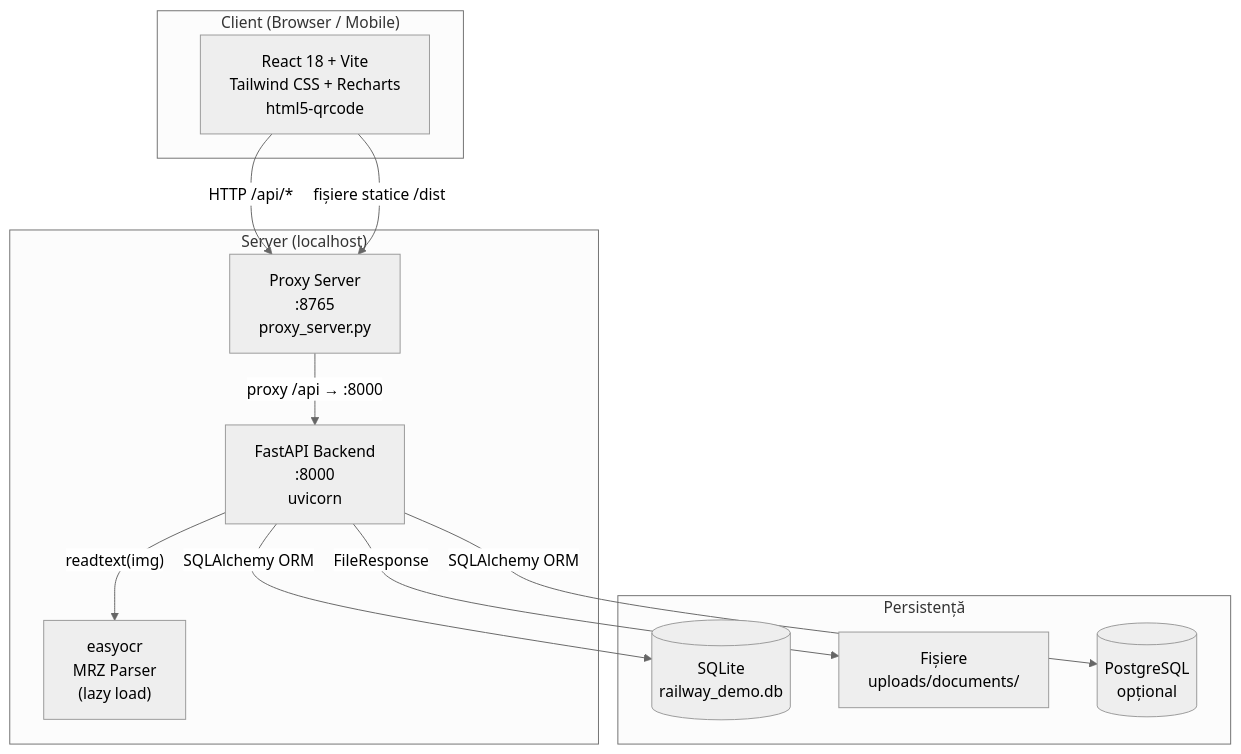
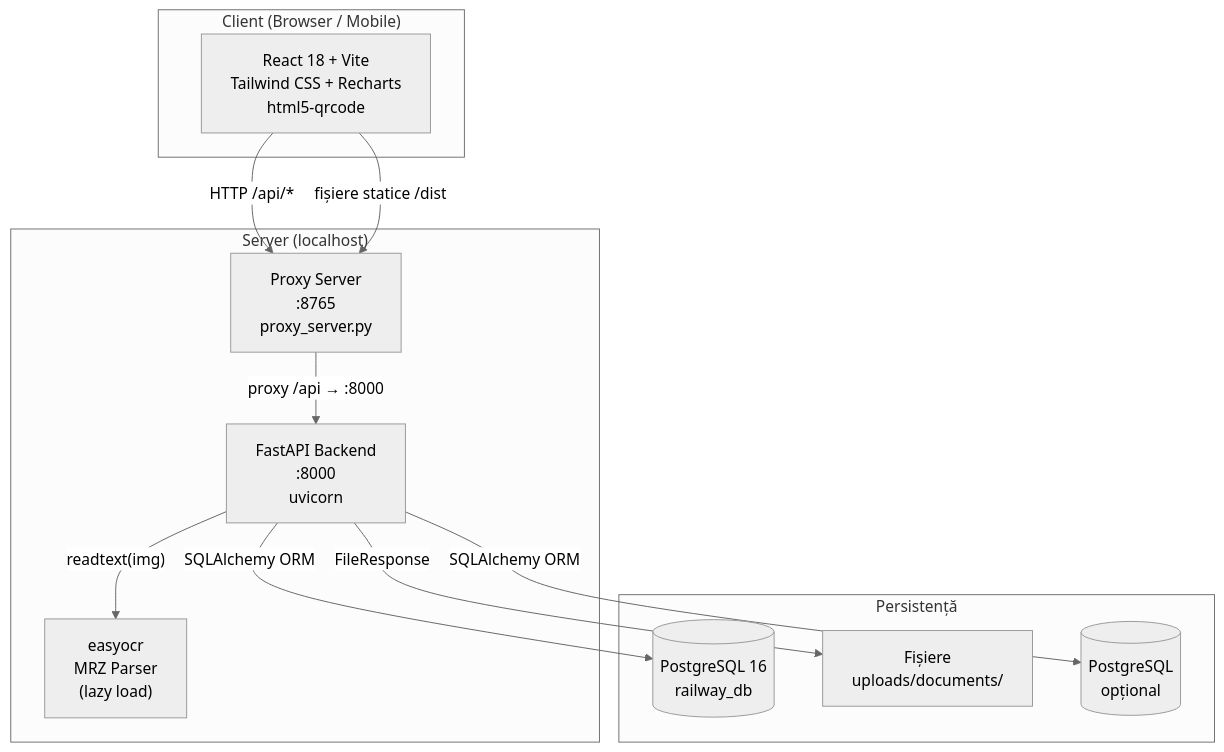
The first of 3 diagrams in docs/architecture.md (anaobreja/LICENTA), drawn with Mermaid (neutral theme) before and after one commit. The commit also changed other lines of this file and 4 other files, not shown here.

First line of the commit message:
refactor: migrate to PostgreSQL-only, remove all SQLite references

````diff
--- a/docs/architecture.md
+++ b/docs/architecture.md
@@ -5,26 +5,26 @@
 ```mermaid
 graph TB
     subgraph Client["Client (Browser / Mobile)"]
         FE["React 18 + Vite\nTailwind CSS + Recharts\nhtml5-qrcode"]
     end
 
     subgraph Server["Server (localhost)"]
         PS["Proxy Server\n:8765\nproxy_server.py"]
         API["FastAPI Backend\n:8000\nuvicorn"]
         OCR["easyocr\nMRZ Parser\n(lazy load)"]
     end
 
     subgraph Persistence["Persistență"]
-        DB[(SQLite\nrailway_demo.db)]
+        DB[(PostgreSQL 16\nrailway_db)]
         FS["Fișiere\nuploads/documents/"]
         PG[(PostgreSQL\nopțional)]
     end
 
     FE -->|"HTTP /api/*"| PS
     FE -->|"fișiere statice /dist"| PS
     PS -->|"proxy /api → :8000"| API
     API -->|"SQLAlchemy ORM"| DB
     API -->|"SQLAlchemy ORM"| PG
     API -->|"FileResponse"| FS
     API -->|"readtext(img)"| OCR
 ```
````
